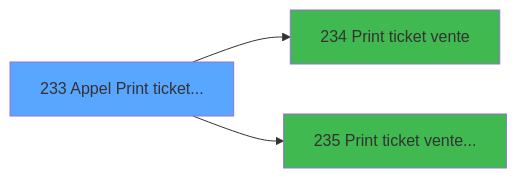
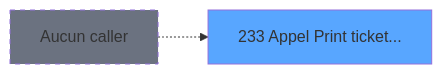
The second of 3 diagrams in .openspec/specs/ADH-IDE-233.md (thonyAGP/magic-migration), drawn with Mermaid before and after one commit. The commit also changed other lines of this file and 493 other files, not shown here.

````diff
--- a/.openspec/specs/ADH-IDE-233.md
+++ b/.openspec/specs/ADH-IDE-233.md
@@ -366,11 +194,8 @@
 ```mermaid
 graph LR
     T233[233 Appel Print ticket...]
     style T233 fill:#58a6ff
-    C234[234 Print ticket vente]
-    T233 --> C234
-    style C234 fill:#3fb950
-    C235[235 Print ticket vente...]
-    T233 --> C235
-    style C235 fill:#3fb950
+    NONE[Aucun caller]
+    NONE -.-> T233
+    style NONE fill:#6b7280,stroke-dasharray: 5 5
 ```
````
